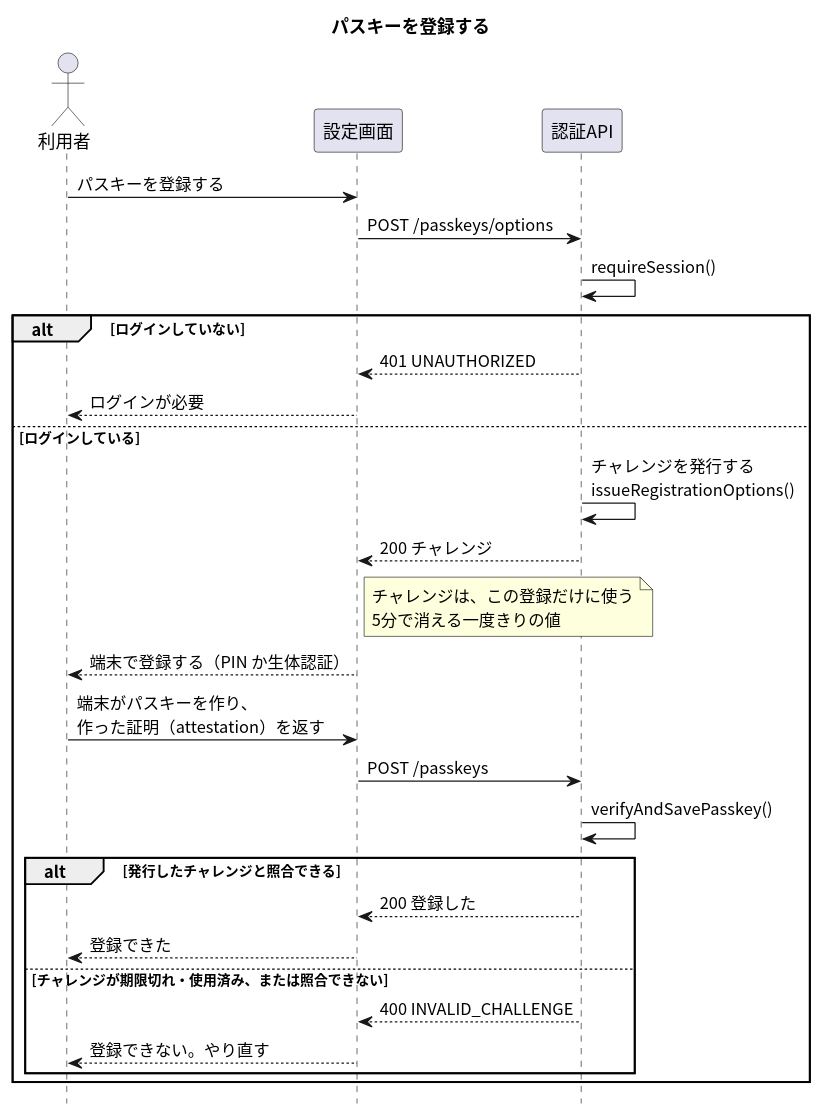
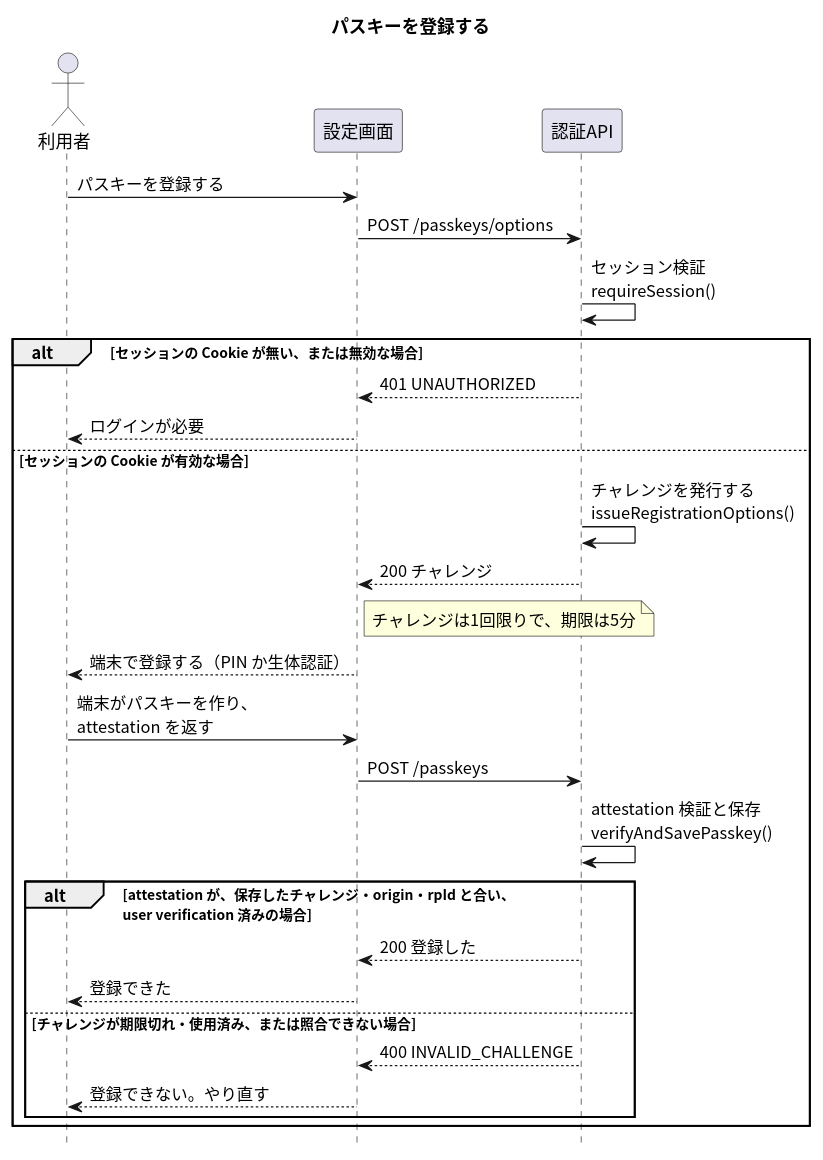
The diagram in apis/register-passkey/入口.puml (masamasamasato/design-doc-template), drawn with PlantUML before and after one commit. The commit also changed 113 other files, not shown here.

```diff
--- a/apis/register-passkey/入口.puml
+++ b/apis/register-passkey/入口.puml
@@ -1,35 +1,35 @@
 @startuml
 skinparam shadowing false
 skinparam defaultFontName "Noto Sans CJK JP"
 skinparam SequenceFontName "Noto Sans CJK JP"
 hide footbox
 
 title パスキーを登録する
 
 actor "利用者" as User
 participant "設定画面" as Screen
 participant "認証API" as API
 
 User -> Screen : パスキーを登録する
 Screen -> API : POST /passkeys/options
-API -> API : requireSession()
-alt ログインしていない
+API -> API : セッション検証\nrequireSession()
+alt セッションの Cookie が無い、または無効な場合
   API --> Screen : 401 UNAUTHORIZED
   Screen --> User : ログインが必要
-else ログインしている
+else セッションの Cookie が有効な場合
   API -> API : チャレンジを発行する\nissueRegistrationOptions()
   API --> Screen : 200 チャレンジ
-  note right of Screen : チャレンジは、この登録だけに使う\n5分で消える一度きりの値
+  note right of Screen : チャレンジは1回限りで、期限は5分
   Screen --> User : 端末で登録する（PIN か生体認証）
-  User -> Screen : 端末がパスキーを作り、\n作った証明（attestation）を返す
+  User -> Screen : 端末がパスキーを作り、\nattestation を返す
   Screen -> API : POST /passkeys
-  API -> API : verifyAndSavePasskey()
-  alt 発行したチャレンジと照合できる
+  API -> API : attestation 検証と保存\nverifyAndSavePasskey()
+  alt attestation が、保存したチャレンジ・origin・rpId と合い、\nuser verification 済みの場合
     API --> Screen : 200 登録した
     Screen --> User : 登録できた
-  else チャレンジが期限切れ・使用済み、または照合できない
+  else チャレンジが期限切れ・使用済み、または照合できない場合
     API --> Screen : 400 INVALID_CHALLENGE
     Screen --> User : 登録できない。やり直す
   end
 end
 @enduml
```
